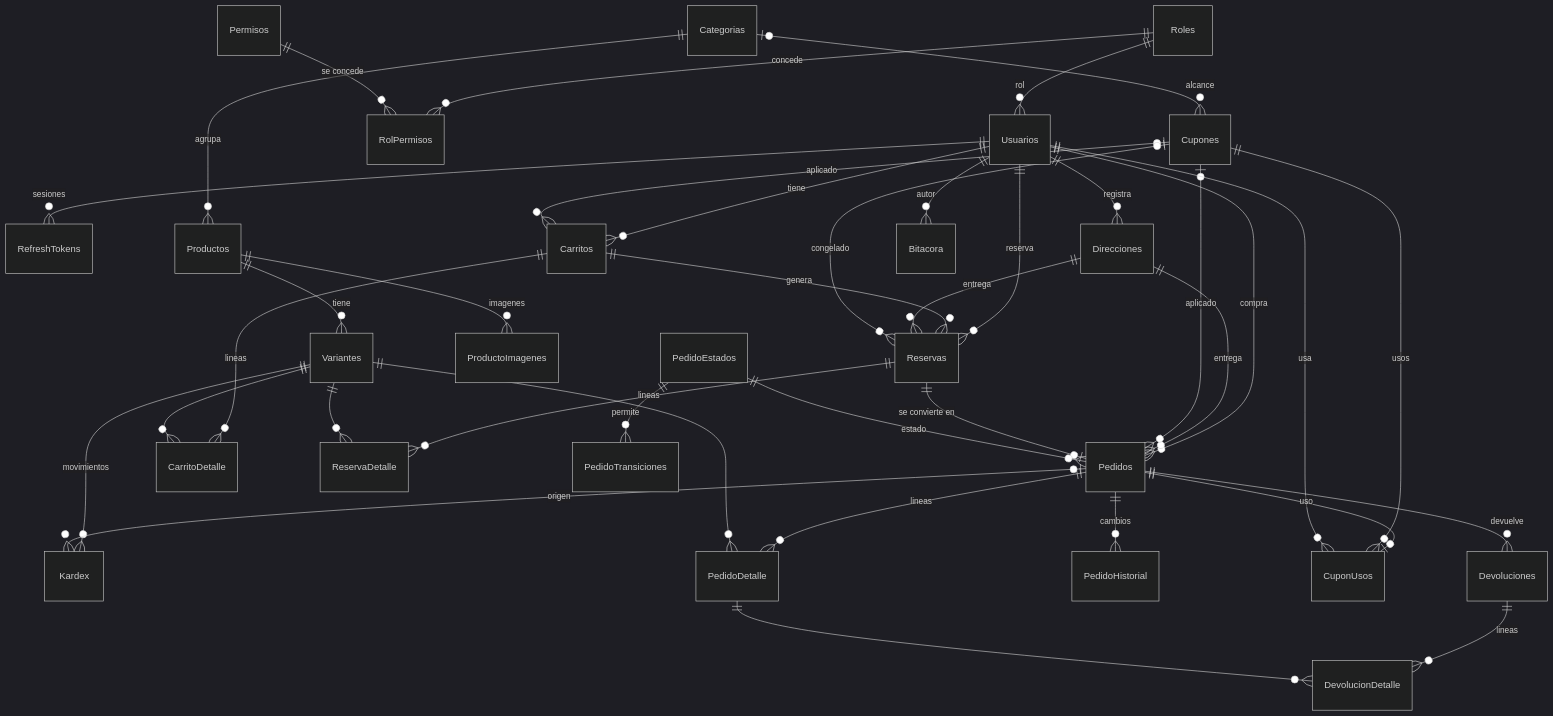
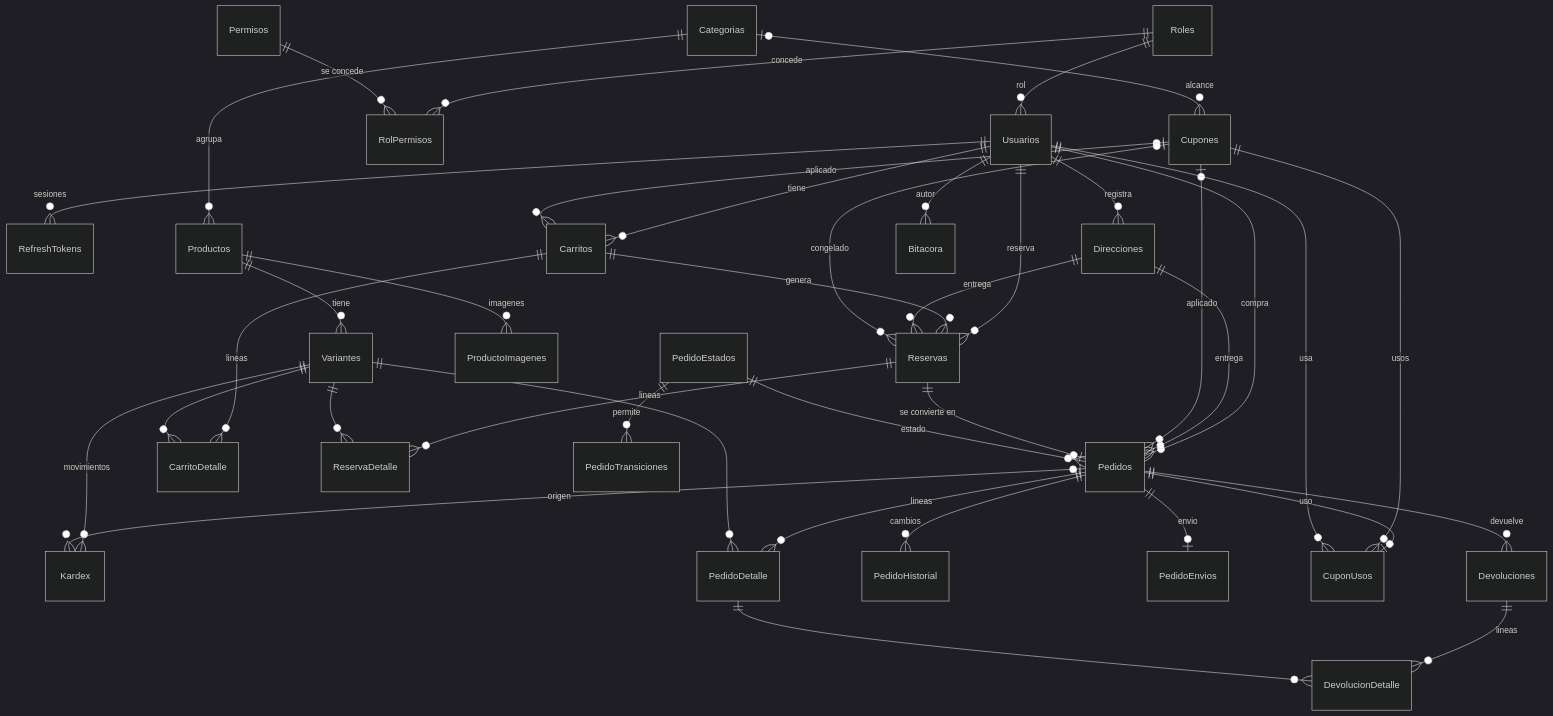
One commit to eramirez150/shopcart changed the first of 3 diagrams in README.md. Above: the diagram before and after it, drawn with Mermaid (dark theme). The commit also changed other lines of this file and 5 other files, not shown here.

````diff
--- a/README.md
+++ b/README.md
@@ -329,40 +331,41 @@
 ```mermaid
 erDiagram
     Roles ||--o{ Usuarios : "rol"
     Roles ||--o{ RolPermisos : "concede"
     Permisos ||--o{ RolPermisos : "se concede"
     Usuarios ||--o{ RefreshTokens : "sesiones"
     Usuarios ||--o{ Direcciones : "registra"
     Usuarios ||--o{ Carritos : "tiene"
     Usuarios ||--o{ Reservas : "reserva"
     Usuarios ||--o{ Pedidos : "compra"
     Categorias ||--o{ Productos : "agrupa"
     Categorias |o--o{ Cupones : "alcance"
     Productos ||--o{ Variantes : "tiene"
     Productos ||--o{ ProductoImagenes : "imagenes"
     Variantes ||--o{ Kardex : "movimientos"
     Carritos ||--o{ CarritoDetalle : "lineas"
     Variantes ||--o{ CarritoDetalle : ""
     Cupones |o--o{ Carritos : "aplicado"
     Carritos ||--o{ Reservas : "genera"
     Direcciones ||--o{ Reservas : "entrega"
     Direcciones ||--o{ Pedidos : "entrega"
     Cupones |o--o{ Reservas : "congelado"
     Cupones |o--o{ Pedidos : "aplicado"
     Reservas ||--o{ ReservaDetalle : "lineas"
     Variantes ||--o{ ReservaDetalle : ""
     Reservas ||--o| Pedidos : "se convierte en"
     PedidoEstados ||--o{ Pedidos : "estado"
     PedidoEstados ||--o{ PedidoTransiciones : "permite"
     Pedidos ||--o{ PedidoDetalle : "lineas"
     Variantes ||--o{ PedidoDetalle : ""
     Pedidos ||--o{ PedidoHistorial : "cambios"
+    Pedidos ||--o| PedidoEnvios : "envio"
     Pedidos ||--o| CuponUsos : "uso"
     Cupones ||--o{ CuponUsos : "usos"
     Usuarios ||--o{ CuponUsos : "usa"
     Pedidos ||--o{ Devoluciones : "devuelve"
     Devoluciones ||--o{ DevolucionDetalle : "lineas"
     PedidoDetalle ||--o{ DevolucionDetalle : ""
     Pedidos |o--o{ Kardex : "origen"
     Usuarios ||--o{ Bitacora : "autor"
 ```
````
